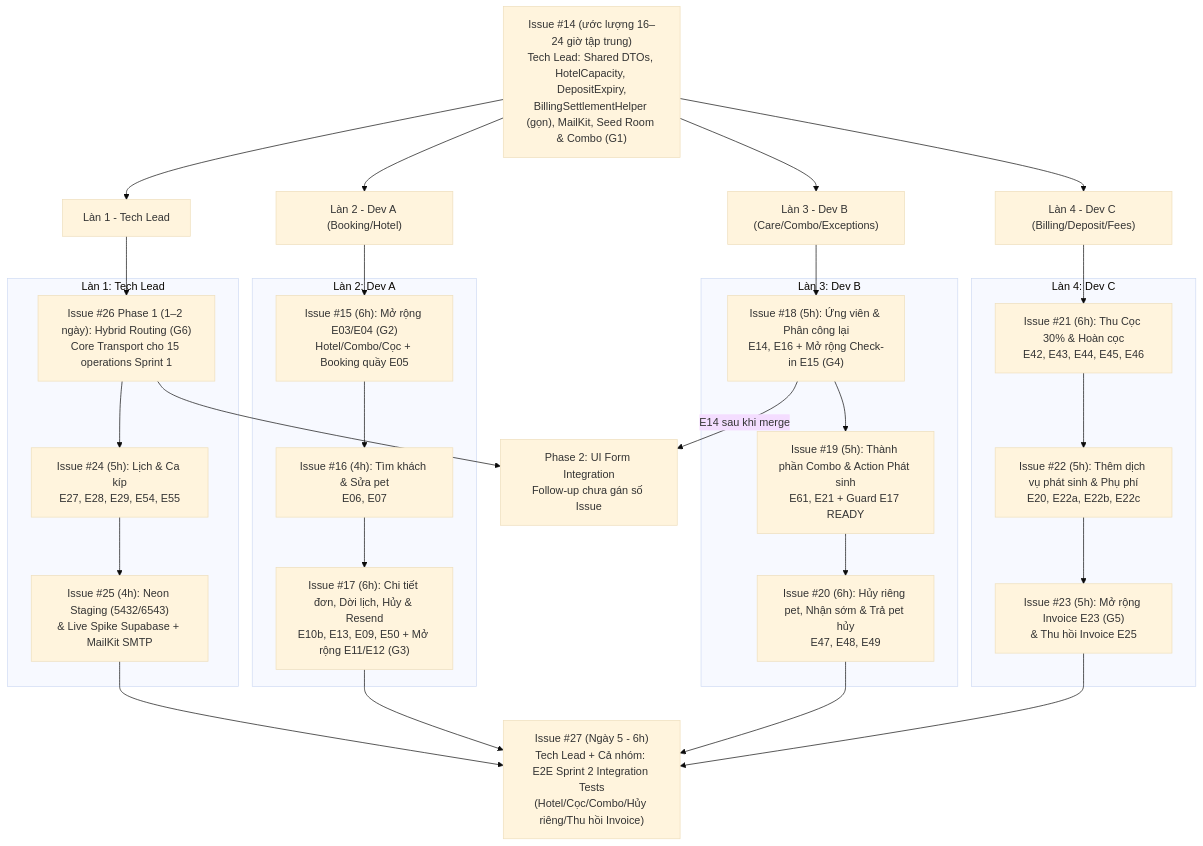
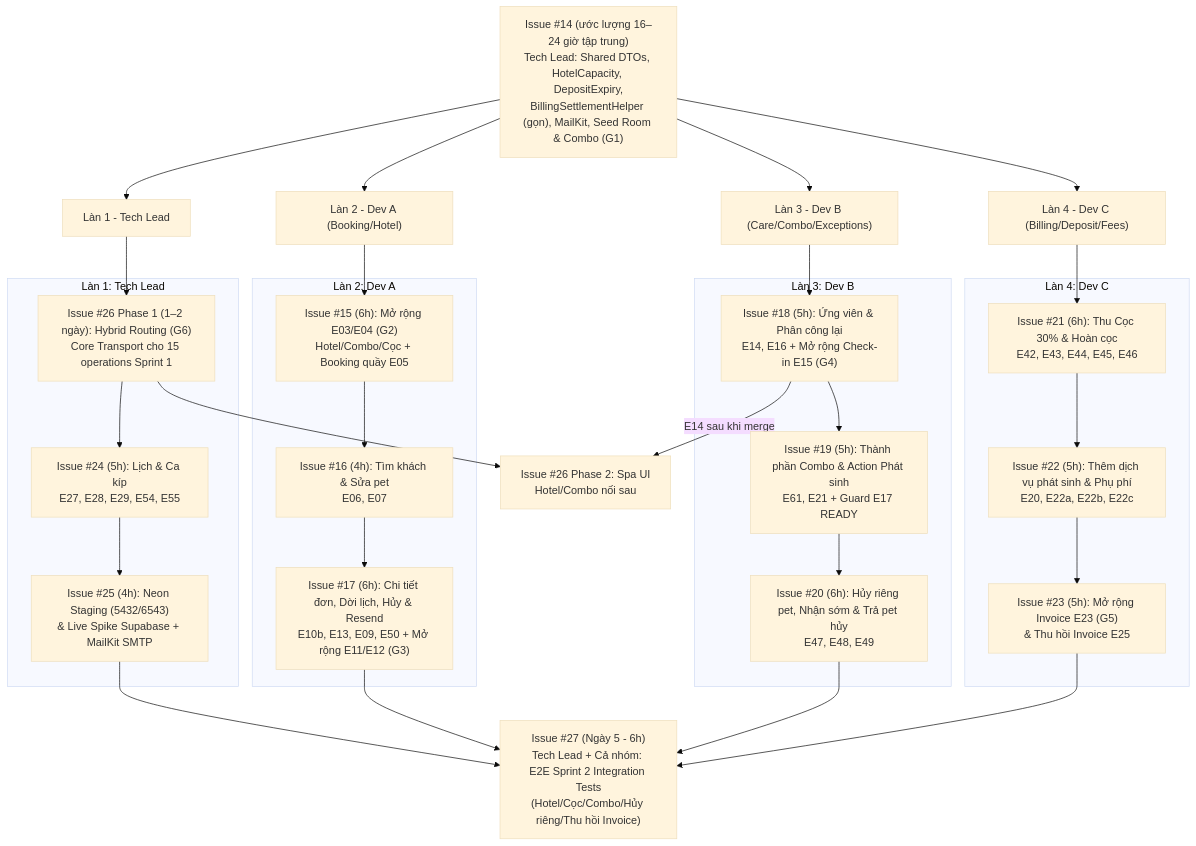
Before and after one commit to kdr1416/SE310-spa-pet-and-hotel: the diagram in docs/plans/sprint-2/sprint-2-plan.md, drawn with Mermaid (base theme). The commit also changed other lines of this file and 60 other files, not shown here.

First line of the commit message:
[FEAT]: complete Phase 2 Spa UI and read APIs (#26) (#42)

````diff
--- a/docs/plans/sprint-2/sprint-2-plan.md
+++ b/docs/plans/sprint-2/sprint-2-plan.md
@@ -92,49 +94,49 @@
 ```mermaid
 flowchart TD
     I14["Issue #14 (ước lượng 16–24 giờ tập trung)<br/>Tech Lead: Shared DTOs, HotelCapacity, DepositExpiry,<br/>BillingSettlementHelper (gọn), MailKit, Seed Room & Combo (G1)"]
     
     I14 --> L_LEAD["Làn 1 - Tech Lead"]
     I14 --> L_DEVA["Làn 2 - Dev A (Booking/Hotel)"]
     I14 --> L_DEVB["Làn 3 - Dev B (Care/Combo/Exceptions)"]
     I14 --> L_DEVC["Làn 4 - Dev C (Billing/Deposit/Fees)"]
 
     subgraph Lane1["Làn 1: Tech Lead"]
         I26["Issue #26 Phase 1 (1–2 ngày): Hybrid Routing (G6)<br/>Core Transport cho 15 operations Sprint 1"]
         I24["Issue #24 (5h): Lịch & Ca kíp<br/>E27, E28, E29, E54, E55"]
         I25["Issue #25 (4h): Neon Staging (5432/6543)<br/>& Live Spike Supabase + MailKit SMTP"]
         I26 --> I24 --> I25
     end
 
     subgraph Lane2["Làn 2: Dev A"]
         I15["Issue #15 (6h): Mở rộng E03/E04 (G2)<br/>Hotel/Combo/Cọc + Booking quầy E05"]
         I16["Issue #16 (4h): Tìm khách & Sửa pet<br/>E06, E07"]
         I17["Issue #17 (6h): Chi tiết đơn, Dời lịch, Hủy & Resend<br/>E10b, E13, E09, E50 + Mở rộng E11/E12 (G3)"]
         I15 --> I16 --> I17
     end
 
     subgraph Lane3["Làn 3: Dev B"]
         I18["Issue #18 (5h): Ứng viên & Phân công lại<br/>E14, E16 + Mở rộng Check-in E15 (G4)"]
         I19["Issue #19 (5h): Thành phần Combo & Action Phát sinh<br/>E61, E21 + Guard E17 READY"]
         I20["Issue #20 (6h): Hủy riêng pet, Nhận sớm & Trả pet hủy<br/>E47, E48, E49"]
         I18 --> I19 --> I20
     end
 
     subgraph Lane4["Làn 4: Dev C"]
         I21["Issue #21 (6h): Thu Cọc 30% & Hoàn cọc<br/>E42, E43, E44, E45, E46"]
         I22["Issue #22 (5h): Thêm dịch vụ phát sinh & Phụ phí<br/>E20, E22a, E22b, E22c"]
         I23["Issue #23 (5h): Mở rộng Invoice E23 (G5)<br/>& Thu hồi Invoice E25"]
         I21 --> I22 --> I23
     end
 
     L_LEAD --> I26
     L_DEVA --> I15
     L_DEVB --> I18
     L_DEVC --> I21
 
     I25 --> I27["Issue #27 (Ngày 5 - 6h)<br/>Tech Lead + Cả nhóm: E2E Sprint 2 Integration Tests<br/>(Hotel/Cọc/Combo/Hủy riêng/Thu hồi Invoice)"]
     I17 --> I27
     I20 --> I27
     I23 --> I27
-    I26 --> UI2["Phase 2: UI Form Integration<br/>Follow-up chưa gán số Issue"]
+    I26 --> UI2["Issue #26 Phase 2: Spa UI<br/>Hotel/Combo nối sau"]
     I18 -->|E14 sau khi merge| UI2
 ```
````
